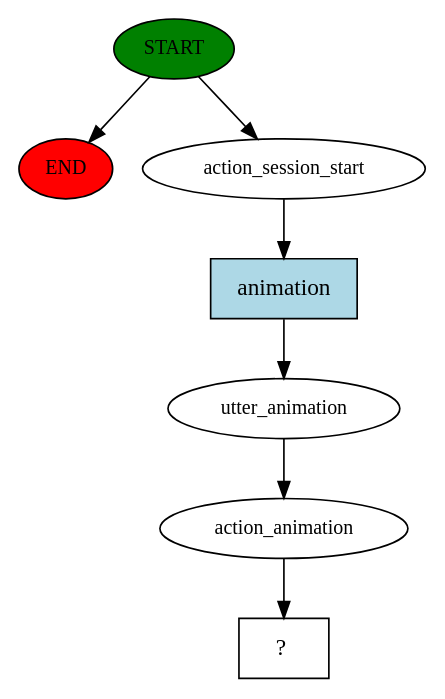
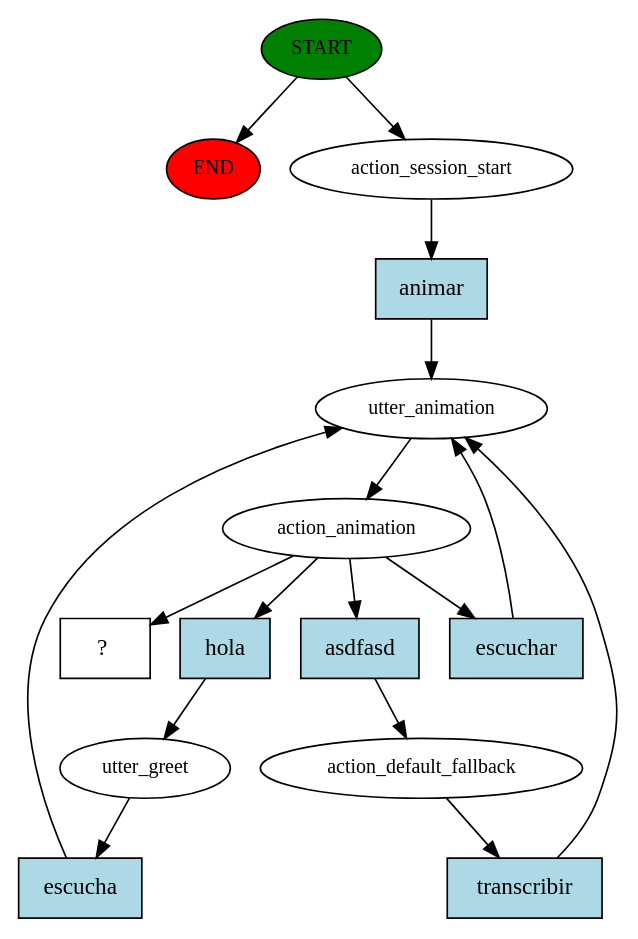
The diagram in interprete/story_graph.dot (lainors7/InterpreteRasaSigns), drawn with Graphviz before and after one commit. The commit also changed 19 other files, not shown here.

```diff
--- a/interprete/story_graph.dot
+++ b/interprete/story_graph.dot
@@ -1,15 +1,32 @@
 digraph  {
 0 [class="start active", fillcolor=green, fontsize=12, label=START, style=filled];
 "-1" [class=end, fillcolor=red, fontsize=12, label=END, style=filled];
 1 [class=active, fontsize=12, label=action_session_start];
 2 [class=active, fontsize=12, label=utter_animation];
 3 [class=active, fontsize=12, label=action_animation];
-4 [class="intent dashed active", label="  ?  ", shape=rect];
-5 [class="intent active", fillcolor=lightblue, label=animation, shape=rect, style=filled];
+4 [class=active, fontsize=12, label=utter_greet];
+9 [class=active, fontsize=12, label=action_default_fallback];
+16 [class="intent dashed active", label="  ?  ", shape=rect];
+17 [class="intent active", fillcolor=lightblue, label=animar, shape=rect, style=filled];
+18 [class="intent active", fillcolor=lightblue, label=hola, shape=rect, style=filled];
+19 [class="intent active", fillcolor=lightblue, label=escuchar, shape=rect, style=filled];
+20 [class="intent active", fillcolor=lightblue, label=asdfasd, shape=rect, style=filled];
+21 [class="intent active", fillcolor=lightblue, label=escucha, shape=rect, style=filled];
+22 [class="intent active", fillcolor=lightblue, label=transcribir, shape=rect, style=filled];
 0 -> "-1"  [class="", key=NONE, label=""];
 0 -> 1  [class=active, key=NONE, label=""];
-1 -> 5  [class=active, key=0];
+1 -> 17  [class=active, key=0];
 2 -> 3  [class=active, key=NONE, label=""];
-3 -> 4  [class=active, key=NONE, label=""];
-5 -> 2  [class=active, key=0];
+3 -> 16  [class=active, key=NONE, label=""];
+3 -> 18  [class=active, key=0];
+3 -> 19  [class=active, key=0];
+3 -> 20  [class=active, key=0];
+4 -> 21  [class=active, key=0];
+9 -> 22  [class=active, key=0];
+17 -> 2  [class=active, key=0];
+18 -> 4  [class=active, key=0];
+19 -> 2  [class=active, key=0];
+20 -> 9  [class=active, key=0];
+21 -> 2  [class=active, key=0];
+22 -> 2  [class=active, key=0];
 }
```
